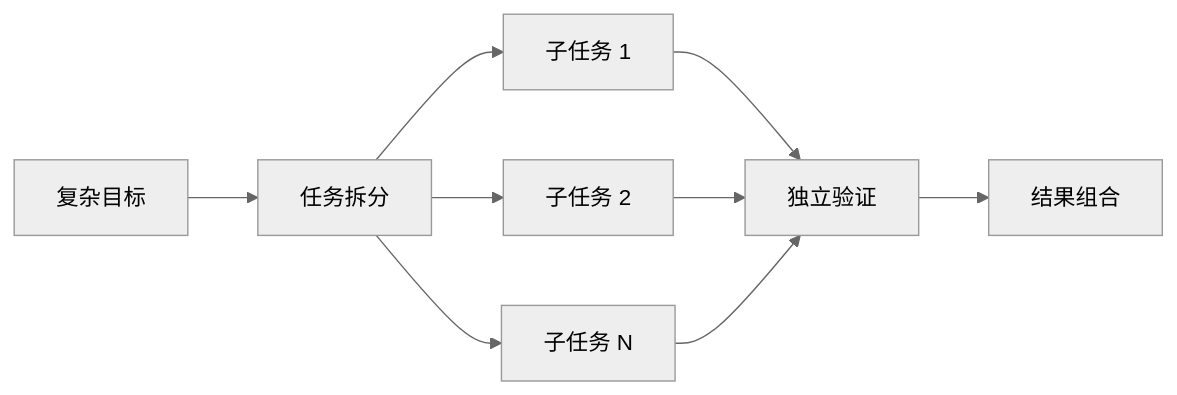
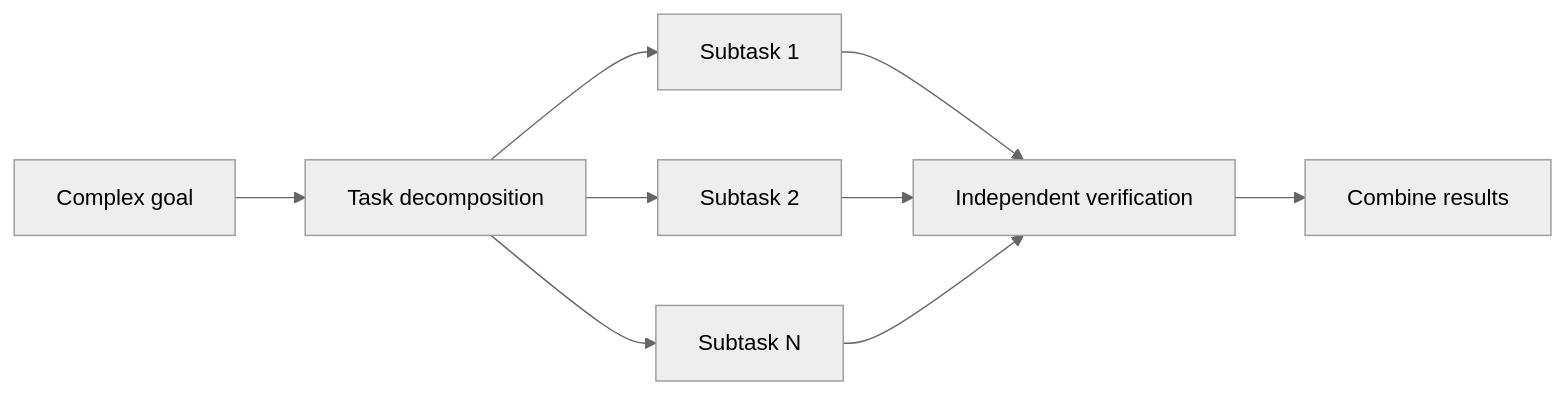
One commit to oneleaveknowsthefall/awesome-ai-roadmap changed the first of 16 diagrams in docs/agent/02-reasoning-planning/06-task-decomposition.md. Above: the diagram before and after it, drawn with Mermaid (neutral theme). The commit also changed other lines of this file and 68 other files, not shown here.

````diff
--- a/docs/agent/02-reasoning-planning/06-task-decomposition.md
+++ b/docs/agent/02-reasoning-planning/06-task-decomposition.md
@@ -23,11 +23,11 @@
 ```mermaid
 flowchart LR
-    G[复杂目标] --> D[任务拆分]
-    D --> T1[子任务 1]
-    D --> T2[子任务 2]
-    D --> TN[子任务 N]
-    T1 --> V[独立验证]
+    G[Complex goal] --> D[Task decomposition]
+    D --> T1[Subtask 1]
+    D --> T2[Subtask 2]
+    D --> TN[Subtask N]
+    T1 --> V[Independent verification]
     T2 --> V
     TN --> V
-    V --> S[结果组合]
+    V --> S[Combine results]
 ```
````
